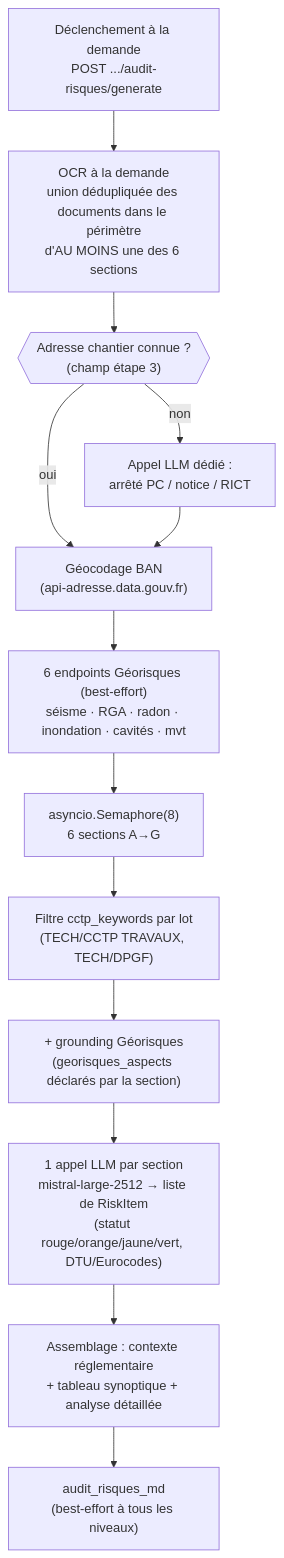
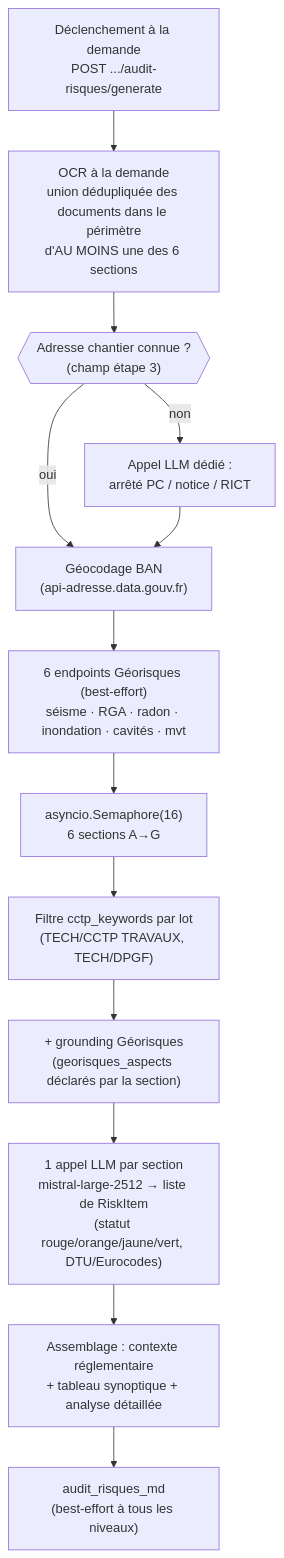
The ninth of 9 diagrams in docs/ARCHITECTURE.md (louisclzzzzzzz/AOP-app-v2), drawn with Mermaid before and after one commit. The commit also changed other lines of this file and 2 other files, not shown here.

````diff
--- a/docs/ARCHITECTURE.md
+++ b/docs/ARCHITECTURE.md
@@ -493,16 +493,16 @@
 ```mermaid
 flowchart TD
     TRIGGER["Déclenchement à la demande<br/>POST .../audit-risques/generate"] --> OCRPHASE["OCR à la demande<br/>union dédupliquée des documents dans le périmètre<br/>d'AU MOINS une des 6 sections"]
     OCRPHASE --> ADDR{{"Adresse chantier connue ?<br/>(champ étape 3)"}}
     ADDR -->|oui| BAN["Géocodage BAN<br/>(api-adresse.data.gouv.fr)"]
     ADDR -->|non| FALLBACK["Appel LLM dédié :<br/>arrêté PC / notice / RICT"]
     FALLBACK --> BAN
     BAN --> GAPI["6 endpoints Géorisques (best-effort)<br/>séisme · RGA · radon · inondation · cavités · mvt"]
 
-    GAPI --> SEM["asyncio.Semaphore(8)<br/>6 sections A→G"]
+    GAPI --> SEM["asyncio.Semaphore(16)<br/>6 sections A→G"]
     SEM --> FILTER["Filtre cctp_keywords par lot<br/>(TECH/CCTP TRAVAUX, TECH/DPGF)"]
     FILTER --> GROUND2["+ grounding Géorisques<br/>(georisques_aspects déclarés par la section)"]
     GROUND2 --> LLMCALL2["1 appel LLM par section<br/>mistral-large-2512 → liste de RiskItem<br/>(statut rouge/orange/jaune/vert, DTU/Eurocodes)"]
     LLMCALL2 --> ASSEMBLE2["Assemblage : contexte réglementaire<br/>+ tableau synoptique + analyse détaillée"]
     ASSEMBLE2 --> REPORT2["audit_risques_md<br/>(best-effort à tous les niveaux)"]
 ```
````
